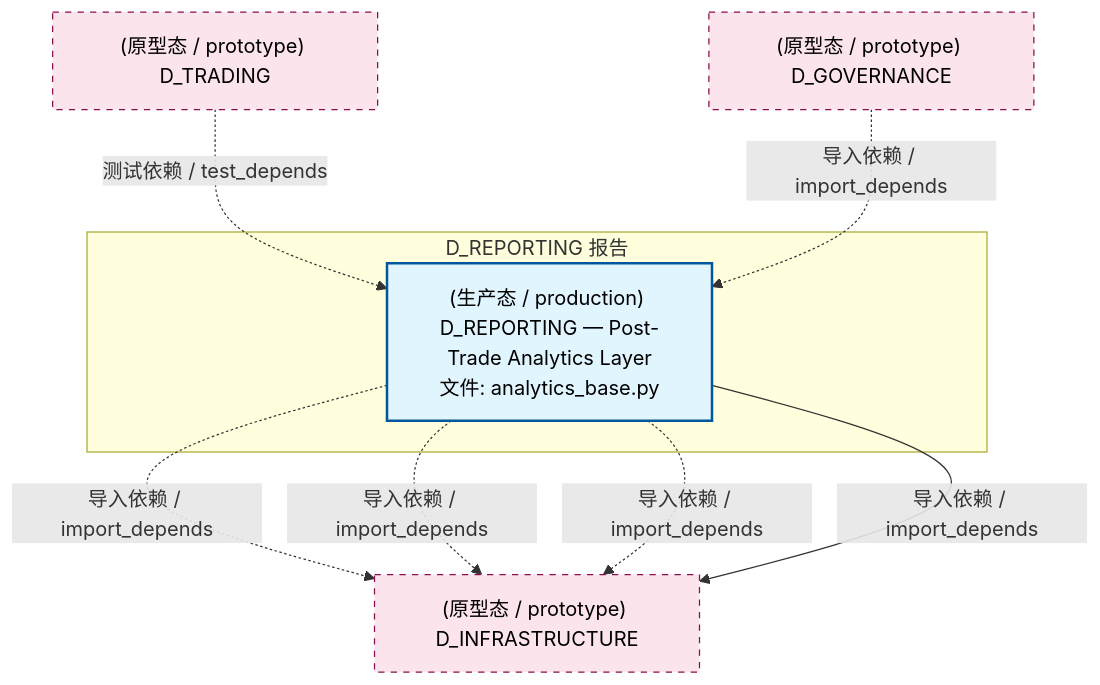
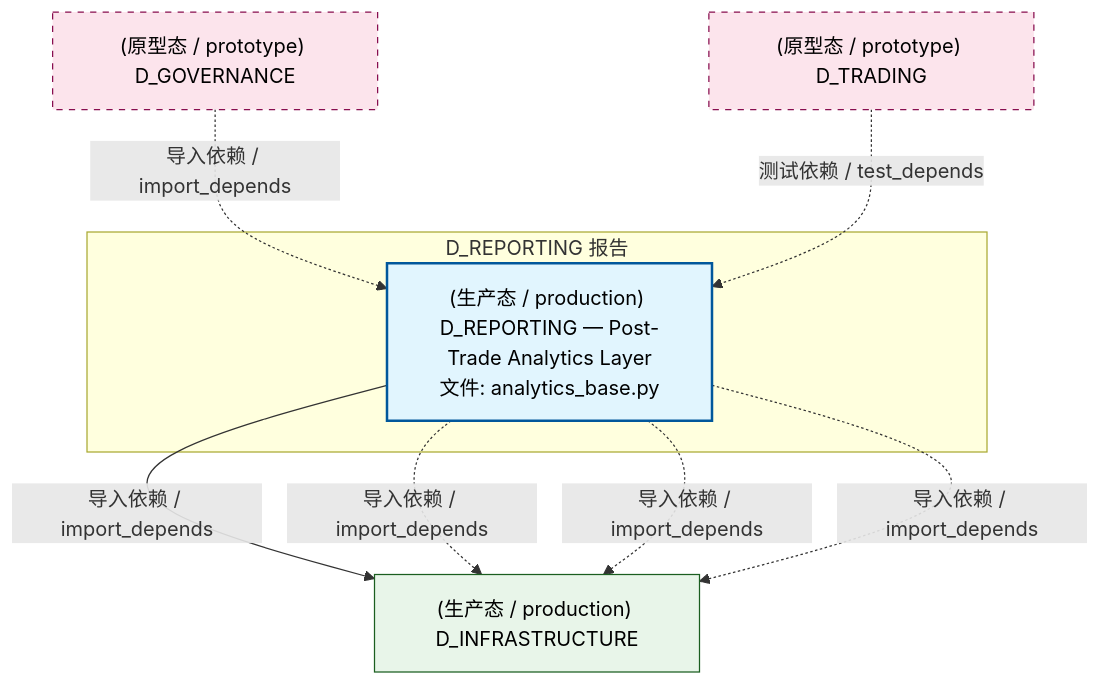
One commit to xuanFelixVan/ZephyrAlpha changed the second of 4 diagrams in docs/02_enterprise_architecture/02_domain_architecture_docs/23_d_reporting.md. Above: the diagram before and after it, drawn with Mermaid. The commit also changed other lines of this file and 126 other files, not shown here.

````diff
--- a/docs/02_enterprise_architecture/02_domain_architecture_docs/23_d_reporting.md
+++ b/docs/02_enterprise_architecture/02_domain_architecture_docs/23_d_reporting.md
@@ -121,21 +121,22 @@
 ```mermaid
 graph TD
     subgraph D_REPORTING["D_REPORTING 报告"]
         src_zephyr_reporting_analytics_base_py["(生产态 / production) D_REPORTING — Post-Trade Analytics Layer<br/>文件: analytics_base.py"]
     end
-    D_INFRASTRUCTURE["(原型态 / prototype) D_INFRASTRUCTURE"]
+    D_INFRASTRUCTURE["(生产态 / production) D_INFRASTRUCTURE"]
+    src_zephyr_reporting_analytics_base_py -->|导入依赖 / import_depends| D_INFRASTRUCTURE
     src_zephyr_reporting_analytics_base_py -.->|导入依赖 / import_depends| D_INFRASTRUCTURE
     src_zephyr_reporting_analytics_base_py -.->|导入依赖 / import_depends| D_INFRASTRUCTURE
     src_zephyr_reporting_analytics_base_py -.->|导入依赖 / import_depends| D_INFRASTRUCTURE
-    src_zephyr_reporting_analytics_base_py -->|导入依赖 / import_depends| D_INFRASTRUCTURE
+    D_GOVERNANCE["(原型态 / prototype) D_GOVERNANCE"]
+    D_GOVERNANCE -.->|导入依赖 / import_depends| src_zephyr_reporting_analytics_base_py
     D_TRADING["(原型态 / prototype) D_TRADING"]
     D_TRADING -.->|测试依赖 / test_depends| src_zephyr_reporting_analytics_base_py
-    D_GOVERNANCE["(原型态 / prototype) D_GOVERNANCE"]
-    D_GOVERNANCE -.->|导入依赖 / import_depends| src_zephyr_reporting_analytics_base_py
     classDef production fill:#e1f5fe,stroke:#01579b,stroke-width:2px,color:#000
     classDef design fill:#fff3e0,stroke:#e65100,stroke-width:2px,color:#000,stroke-dasharray: 5 5
     classDef external_prod fill:#e8f5e9,stroke:#1b5e20,stroke-width:1px,color:#000
     classDef external_design fill:#fce4ec,stroke:#880e4f,stroke-width:1px,color:#000,stroke-dasharray: 5 5
     class src_zephyr_reporting_analytics_base_py production
-    class D_INFRASTRUCTURE,D_TRADING,D_GOVERNANCE external_design
+    class D_INFRASTRUCTURE external_prod
+    class D_GOVERNANCE,D_TRADING external_design
 ```
````
